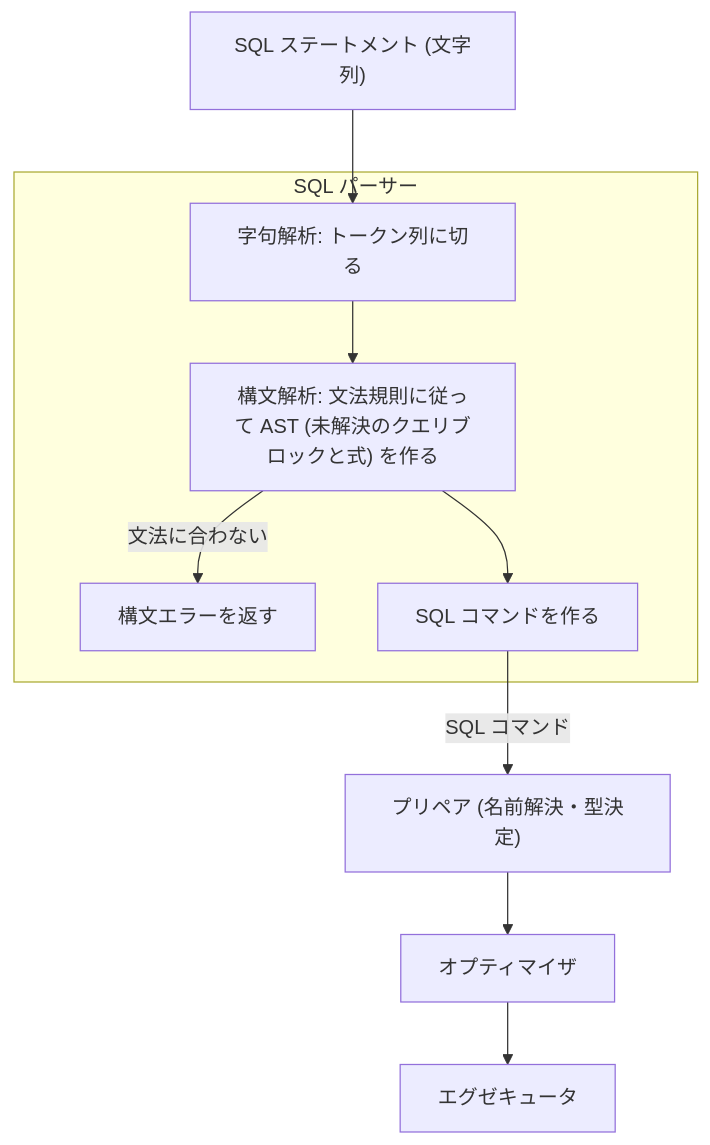
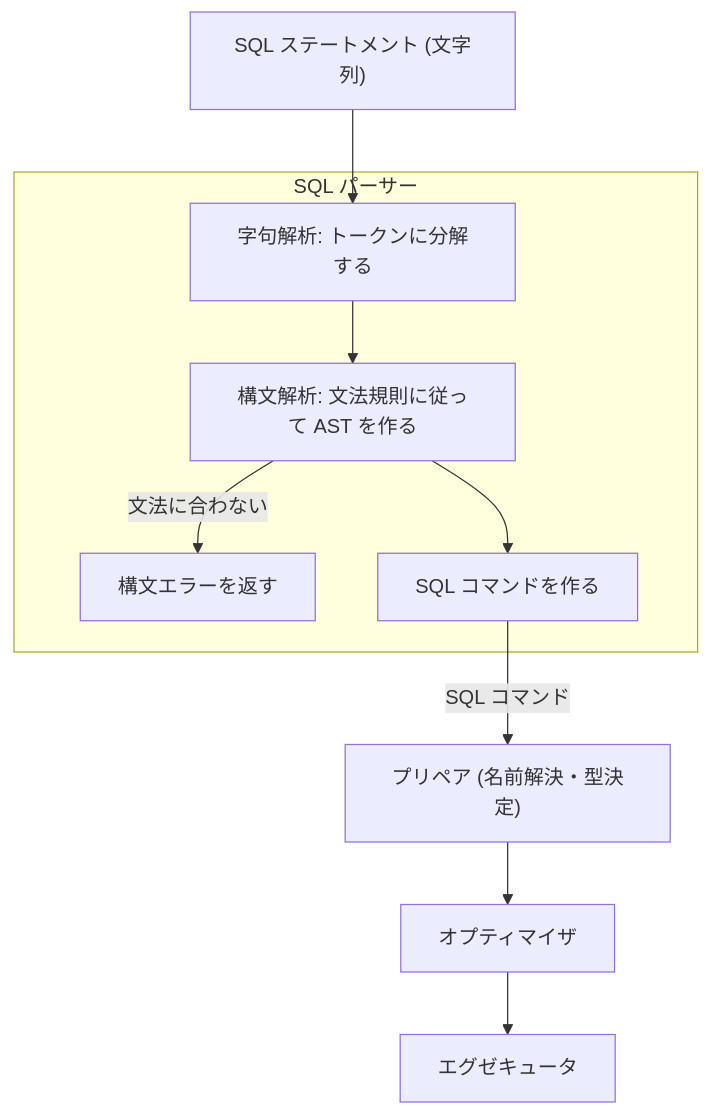
One commit to ren-yamanashi/minesql changed the first of 2 diagrams in docs/specification/005_parser/sql_parser.md. Above: the diagram before and after it, drawn with Mermaid. The commit also changed other lines of this file and 1 other file, not shown here.

````diff
--- a/docs/specification/005_parser/sql_parser.md
+++ b/docs/specification/005_parser/sql_parser.md
@@ -45,13 +46,13 @@
 ```mermaid
 flowchart TD
     A["SQL ステートメント (文字列)"]
     subgraph parser ["SQL パーサー"]
-        L["字句解析: トークン列に切る"] --> P["構文解析: 文法規則に従って AST (未解決のクエリブロックと式) を作る"]
+        L["字句解析: トークンに分解する"] --> P["構文解析: 文法規則に従って AST を作る"]
         P -- "文法に合わない" --> E["構文エラーを返す"]
         P --> S["SQL コマンドを作る"]
     end
     A --> L
     S -->|"SQL コマンド"| PR["プリペア (名前解決・型決定)"]
     PR --> O["オプティマイザ"]
     O --> X["エグゼキュータ"]
 ```
````
